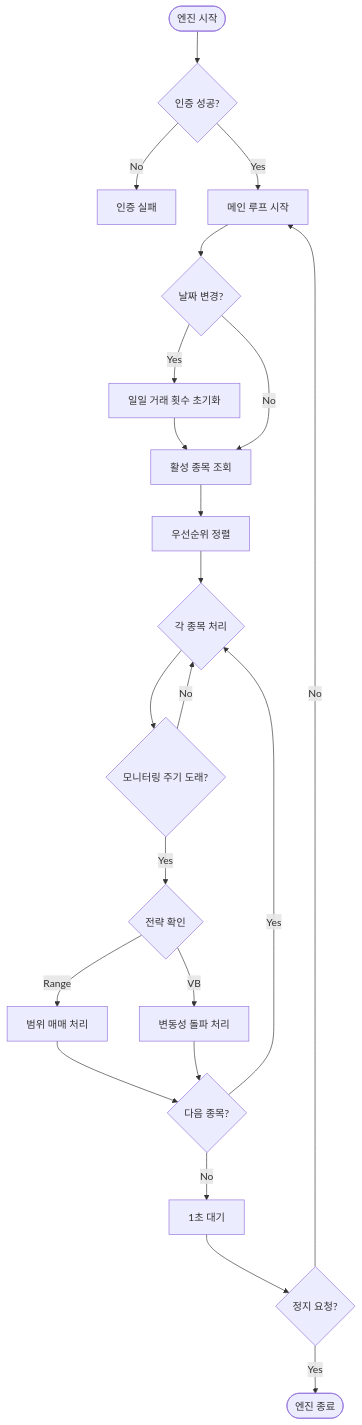
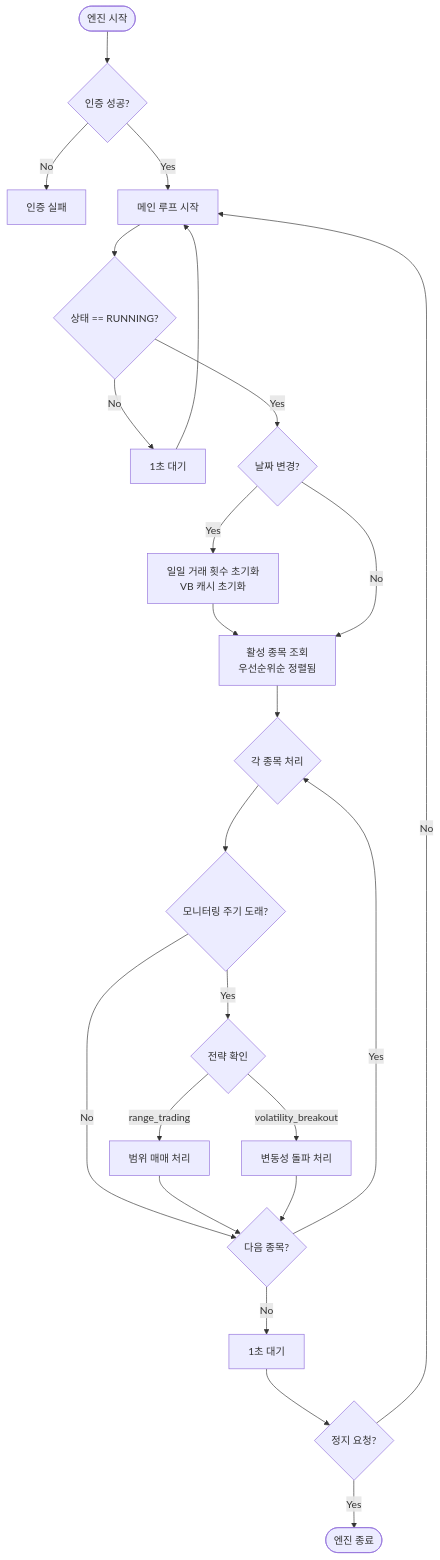
Before and after one commit to tanminkwan/woo-trading: the second of 6 diagrams in README.md, drawn with Mermaid. The commit also changed other lines of this file, not shown here.

First line of the commit message:
docs: README flowchart 현행화

````diff
--- a/README.md
+++ b/README.md
@@ -502,30 +502,33 @@
 ```mermaid
 flowchart TD
     Start([엔진 시작]) --> Auth{인증 성공?}
     Auth -->|No| AuthFail[인증 실패]
     Auth -->|Yes| Loop[메인 루프 시작]
 
-    Loop --> CheckDay{날짜 변경?}
-    CheckDay -->|Yes| ResetCount[일일 거래 횟수 초기화]
+    Loop --> CheckStatus{상태 == RUNNING?}
+    CheckStatus -->|No| Sleep1[1초 대기]
+    Sleep1 --> Loop
+    CheckStatus -->|Yes| CheckDay{날짜 변경?}
+
+    CheckDay -->|Yes| ResetCount[일일 거래 횟수 초기화<br/>VB 캐시 초기화]
     ResetCount --> GetStocks
-    CheckDay -->|No| GetStocks[활성 종목 조회]
+    CheckDay -->|No| GetStocks[활성 종목 조회<br/>우선순위순 정렬됨]
 
-    GetStocks --> SortPriority[우선순위 정렬]
-    SortPriority --> ForEach{각 종목 처리}
+    GetStocks --> ForEach{각 종목 처리}
 
     ForEach --> CheckInterval{모니터링 주기 도래?}
-    CheckInterval -->|No| ForEach
+    CheckInterval -->|No| NextStock
     CheckInterval -->|Yes| CheckStrategy{전략 확인}
 
-    CheckStrategy -->|Range| RangeProcess[범위 매매 처리]
-    CheckStrategy -->|VB| VBProcess[변동성 돌파 처리]
+    CheckStrategy -->|range_trading| RangeProcess[범위 매매 처리]
+    CheckStrategy -->|volatility_breakout| VBProcess[변동성 돌파 처리]
 
     RangeProcess --> NextStock
     VBProcess --> NextStock
 
     NextStock{다음 종목?} -->|Yes| ForEach
     NextStock -->|No| Sleep[1초 대기]
     Sleep --> CheckStop{정지 요청?}
     CheckStop -->|No| Loop
     CheckStop -->|Yes| End([엔진 종료])
 ```
````
